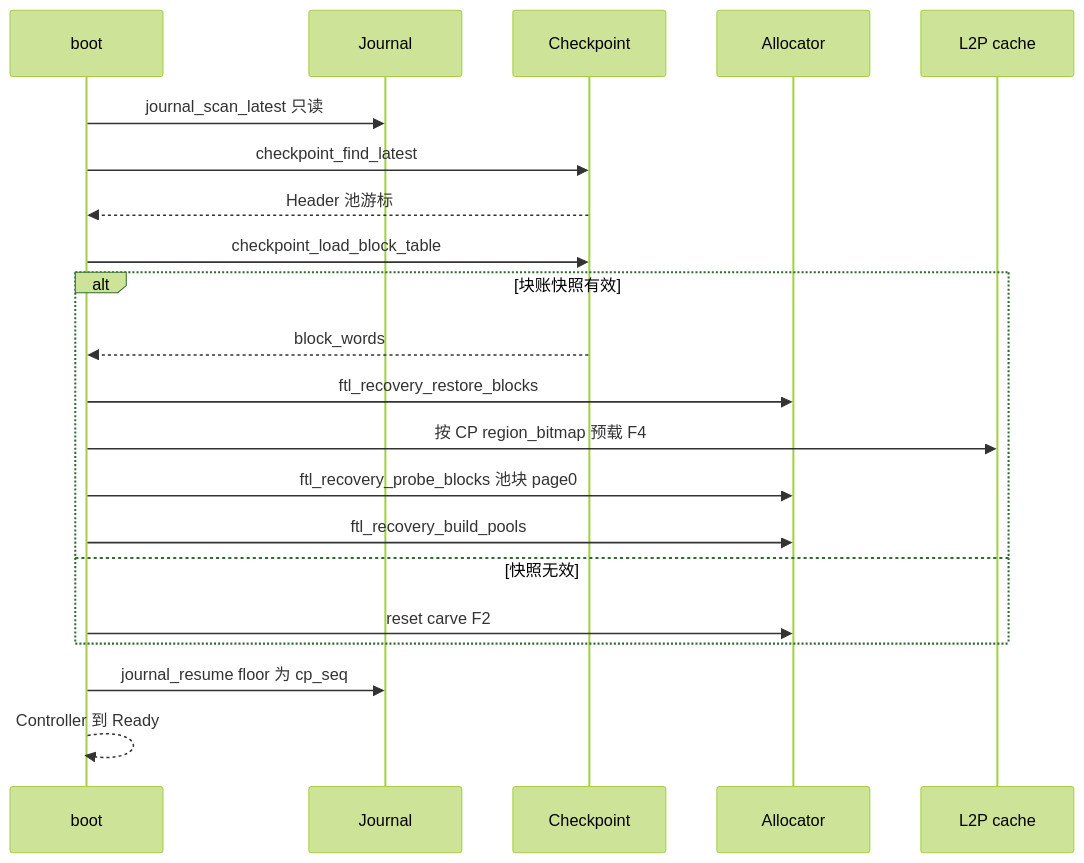
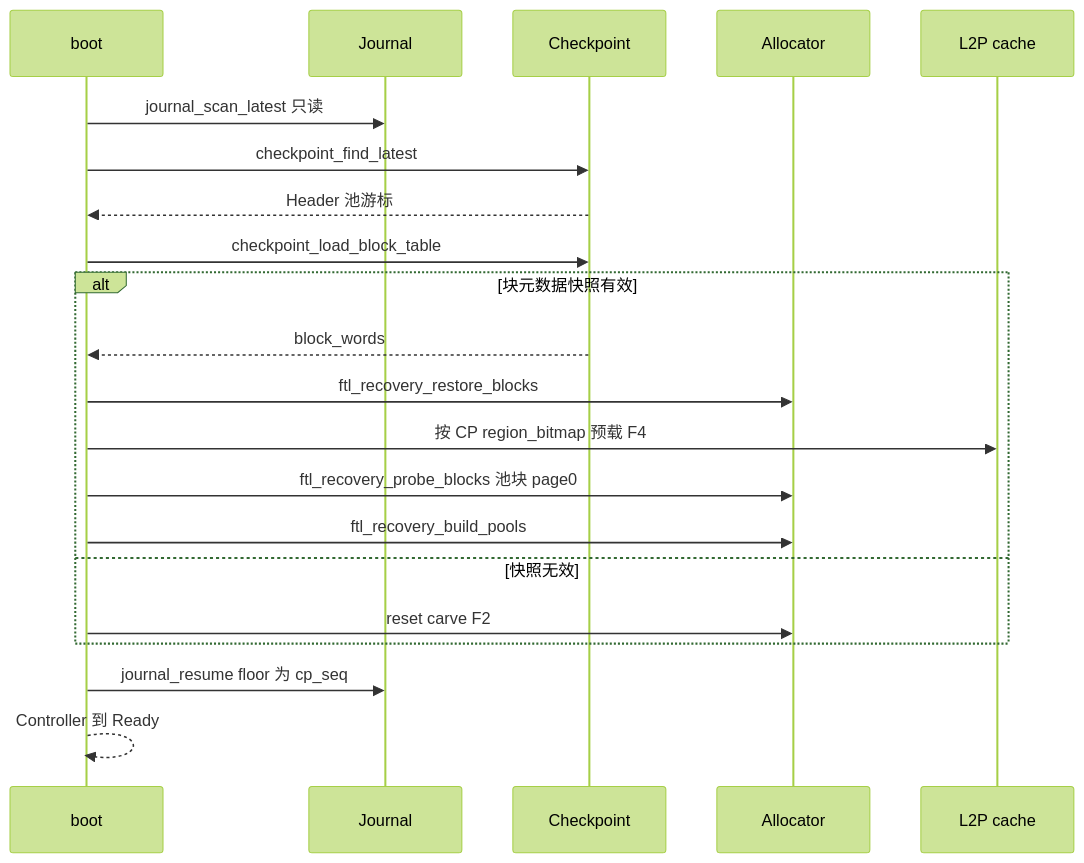
Before and after one commit to YzYMIAO/BASESSD: diagram 24 of 32 in docs/design/ftl_design.md, drawn with Mermaid (forest theme). The commit also changed other lines of this file and 18 other files, not shown here.

````diff
--- a/docs/design/ftl_design.md
+++ b/docs/design/ftl_design.md
@@ -3292,24 +3292,24 @@
 ```mermaid
 sequenceDiagram
     participant B as boot
     participant J as Journal
     participant C as Checkpoint
     participant A as Allocator
     participant L as L2P cache
 
     B->>J: journal_scan_latest 只读
     B->>C: checkpoint_find_latest
     C-->>B: Header 池游标
     B->>C: checkpoint_load_block_table
-    alt 块账快照有效
+    alt 块元数据快照有效
         C-->>B: block_words
         B->>A: ftl_recovery_restore_blocks
         B->>L: 按 CP region_bitmap 预载 F4
         B->>A: ftl_recovery_probe_blocks 池块 page0
         B->>A: ftl_recovery_build_pools
     else 快照无效
         B->>A: reset carve F2
     end
     B->>J: journal_resume floor 为 cp_seq
     B-->>B: Controller 到 Ready
 ```
````
